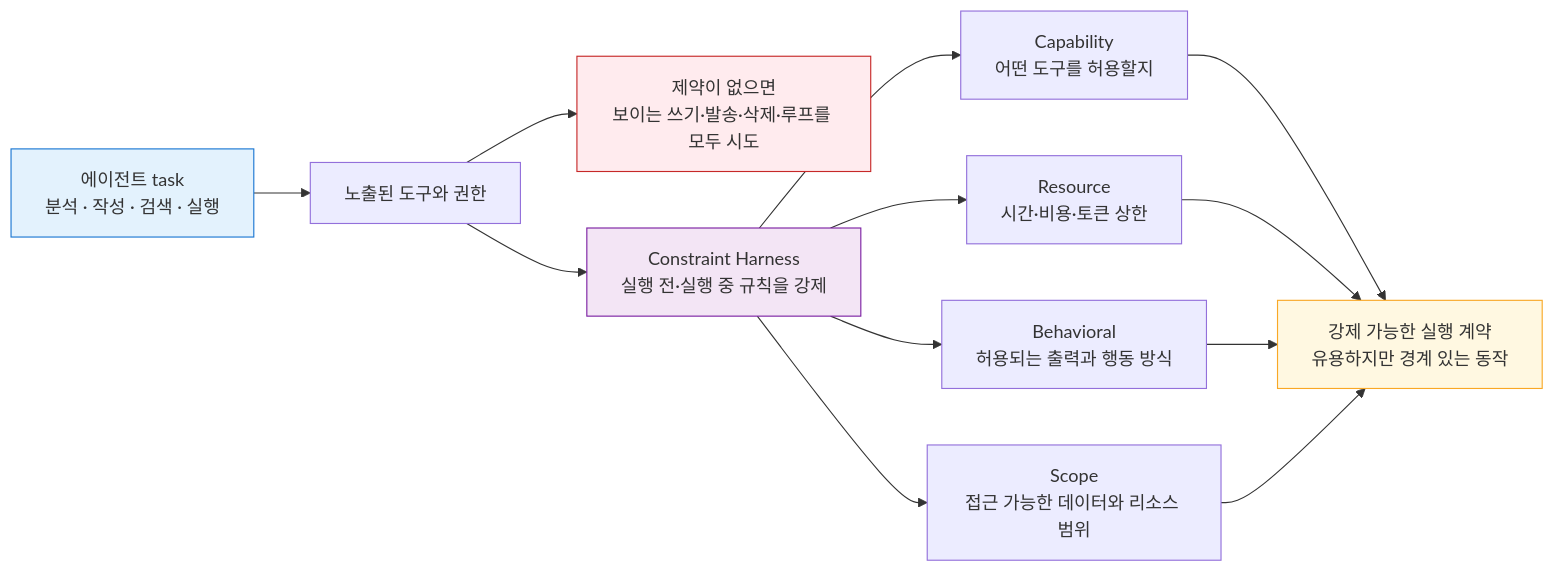
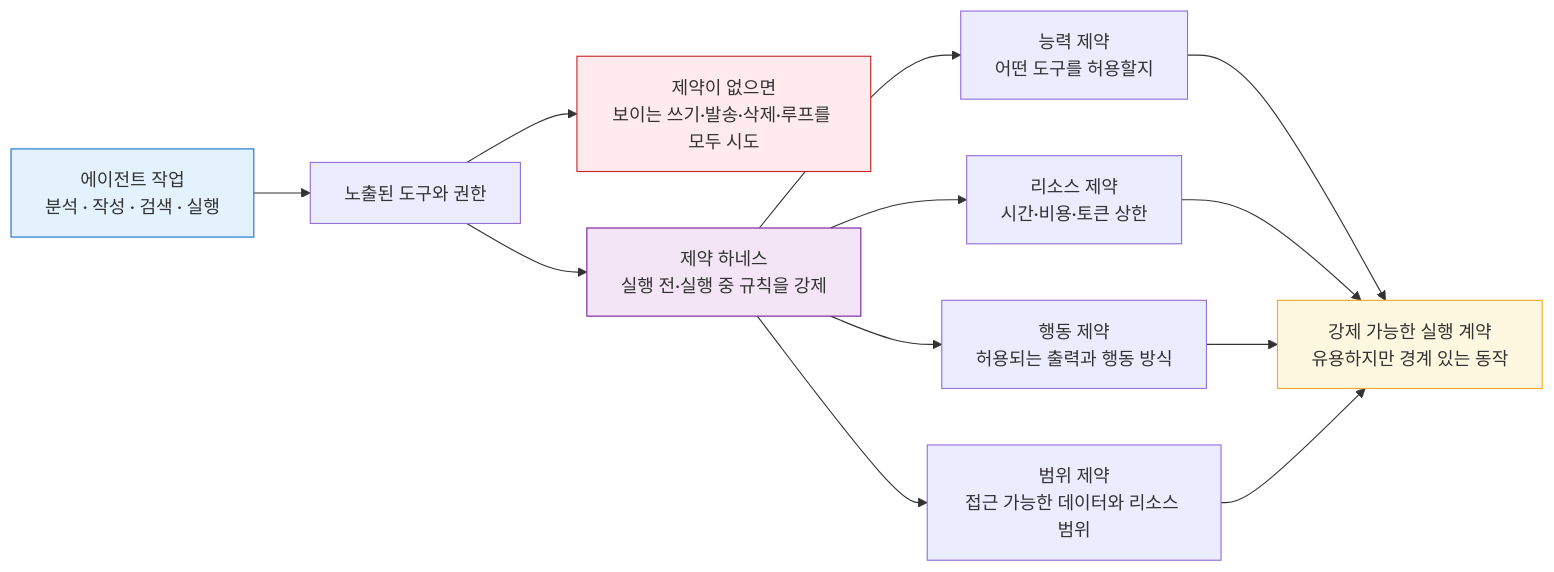
Before and after one commit to yeongseon-books/book-content: the diagram in assets/harness-engineering-101/04/04-01-constraint-harness-defining-rules-bounda.ko.mmd, drawn with Mermaid. The commit also changed 52 other files, not shown here.

```diff
--- a/assets/harness-engineering-101/04/04-01-constraint-harness-defining-rules-bounda.ko.mmd
+++ b/assets/harness-engineering-101/04/04-01-constraint-harness-defining-rules-bounda.ko.mmd
@@ -1,19 +1,19 @@
 flowchart LR
-    태스크["에이전트 task\n분석 · 작성 · 검색 · 실행"] --> 노출["노출된 도구와 권한"]
+    태스크["에이전트 작업\n분석 · 작성 · 검색 · 실행"] --> 노출["노출된 도구와 권한"]
     노출 --> 위험["제약이 없으면\n보이는 쓰기·발송·삭제·루프를 모두 시도"]
 
-    노출 --> 하네스["Constraint Harness\n실행 전·실행 중 규칙을 강제"]
-    하네스 --> 역량["Capability\n어떤 도구를 허용할지"]
-    하네스 --> 자원["Resource\n시간·비용·토큰 상한"]
-    하네스 --> 행동["Behavioral\n허용되는 출력과 행동 방식"]
-    하네스 --> 범위["Scope\n접근 가능한 데이터와 리소스 범위"]
+    노출 --> 하네스["제약 하네스\n실행 전·실행 중 규칙을 강제"]
+    하네스 --> 역량["능력 제약\n어떤 도구를 허용할지"]
+    하네스 --> 자원["리소스 제약\n시간·비용·토큰 상한"]
+    하네스 --> 행동["행동 제약\n허용되는 출력과 행동 방식"]
+    하네스 --> 범위["범위 제약\n접근 가능한 데이터와 리소스 범위"]
 
     역량 --> 안전["강제 가능한 실행 계약\n유용하지만 경계 있는 동작"]
     자원 --> 안전
     행동 --> 안전
     범위 --> 안전
 
     style 태스크 fill:#e3f2fd,stroke:#1976d2
     style 하네스 fill:#f3e5f5,stroke:#7b1fa2
     style 안전 fill:#fff8e1,stroke:#f9a825
     style 위험 fill:#ffebee,stroke:#c62828
```
